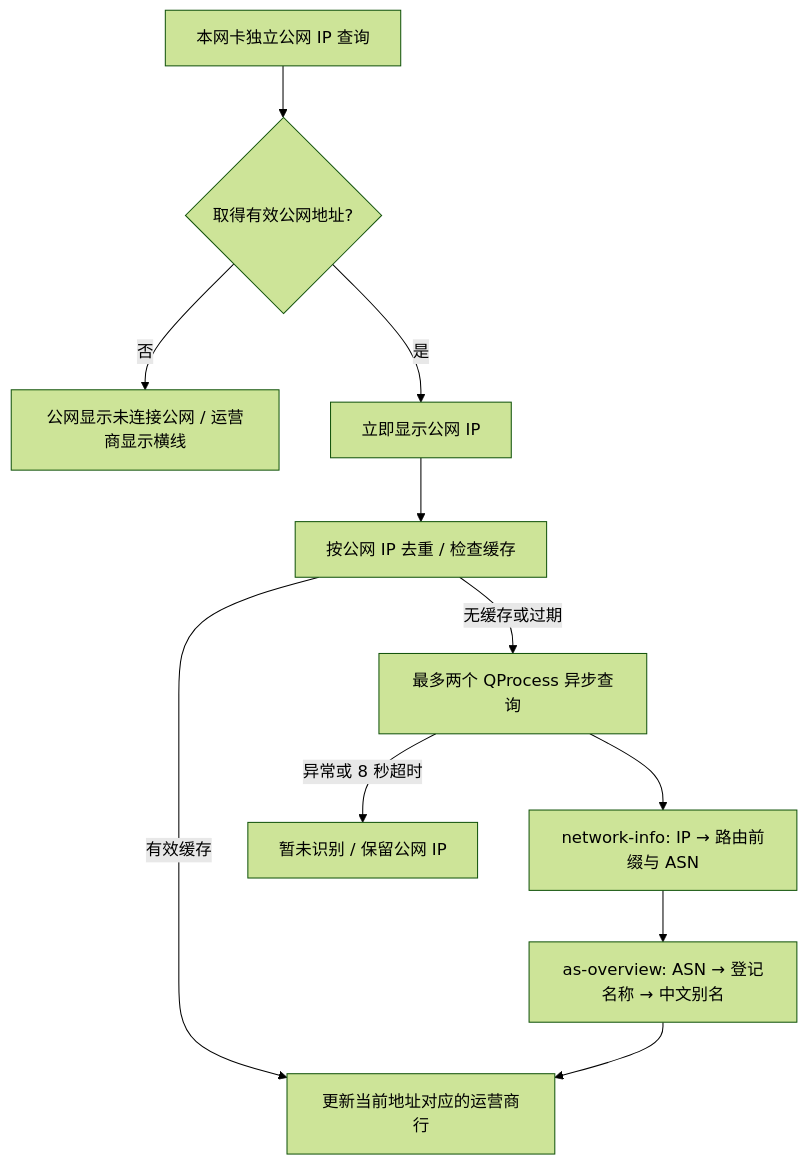
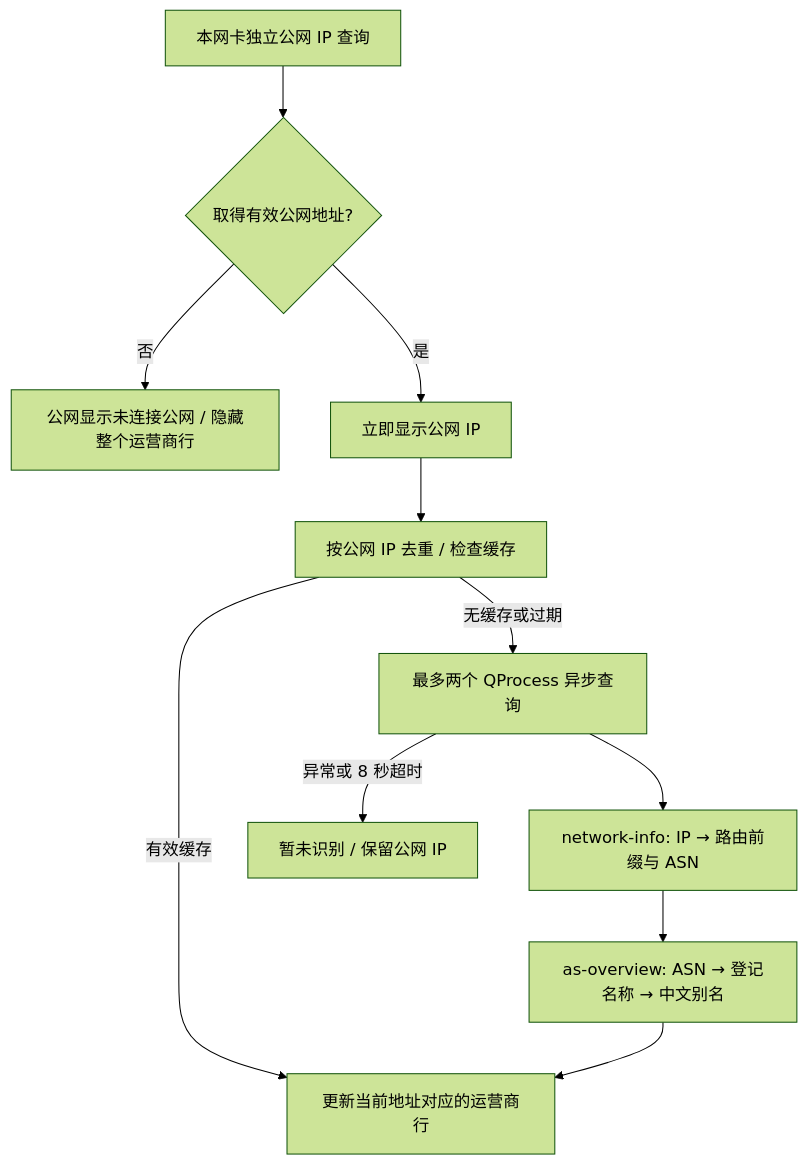
Before and after one commit to acbiong/ip_monitor_widget: the sixth of 7 diagrams in docs/SOFTWARE_INTERFACE.md, drawn with Mermaid (forest theme). The commit also changed other lines of this file and 19 other files, not shown here.

Commit message:
fix: 隐藏无公网运营商行并修复自启动的开始屏幕图标

````diff
--- a/docs/SOFTWARE_INTERFACE.md
+++ b/docs/SOFTWARE_INTERFACE.md
@@ -594,13 +594,13 @@
 ```mermaid
 flowchart TD
     A[本网卡独立公网 IP 查询] --> B{取得有效公网地址?}
-    B -->|否| C[公网显示未连接公网 / 运营商显示横线]
+    B -->|否| C[公网显示未连接公网 / 隐藏整个运营商行]
     B -->|是| D[立即显示公网 IP]
     D --> E[按公网 IP 去重 / 检查缓存]
     E -->|有效缓存| I[更新当前地址对应的运营商行]
     E -->|无缓存或过期| F[最多两个 QProcess 异步查询]
     F --> G[network-info: IP → 路由前缀与 ASN]
     G --> H[as-overview: ASN → 登记名称 → 中文别名]
     H --> I
     F -->|异常或 8 秒超时| J[暂未识别 / 保留公网 IP]
 ```
````
